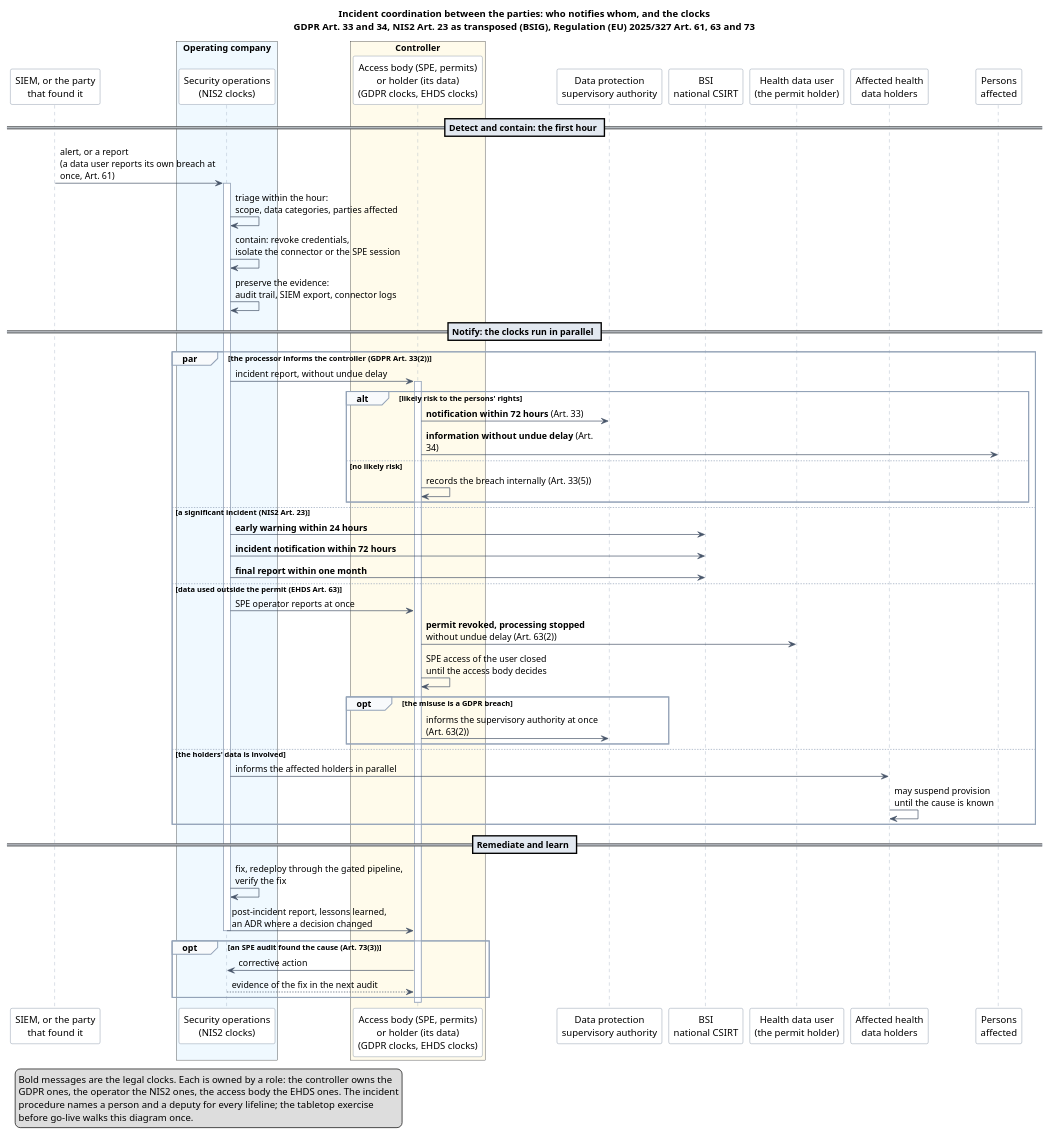
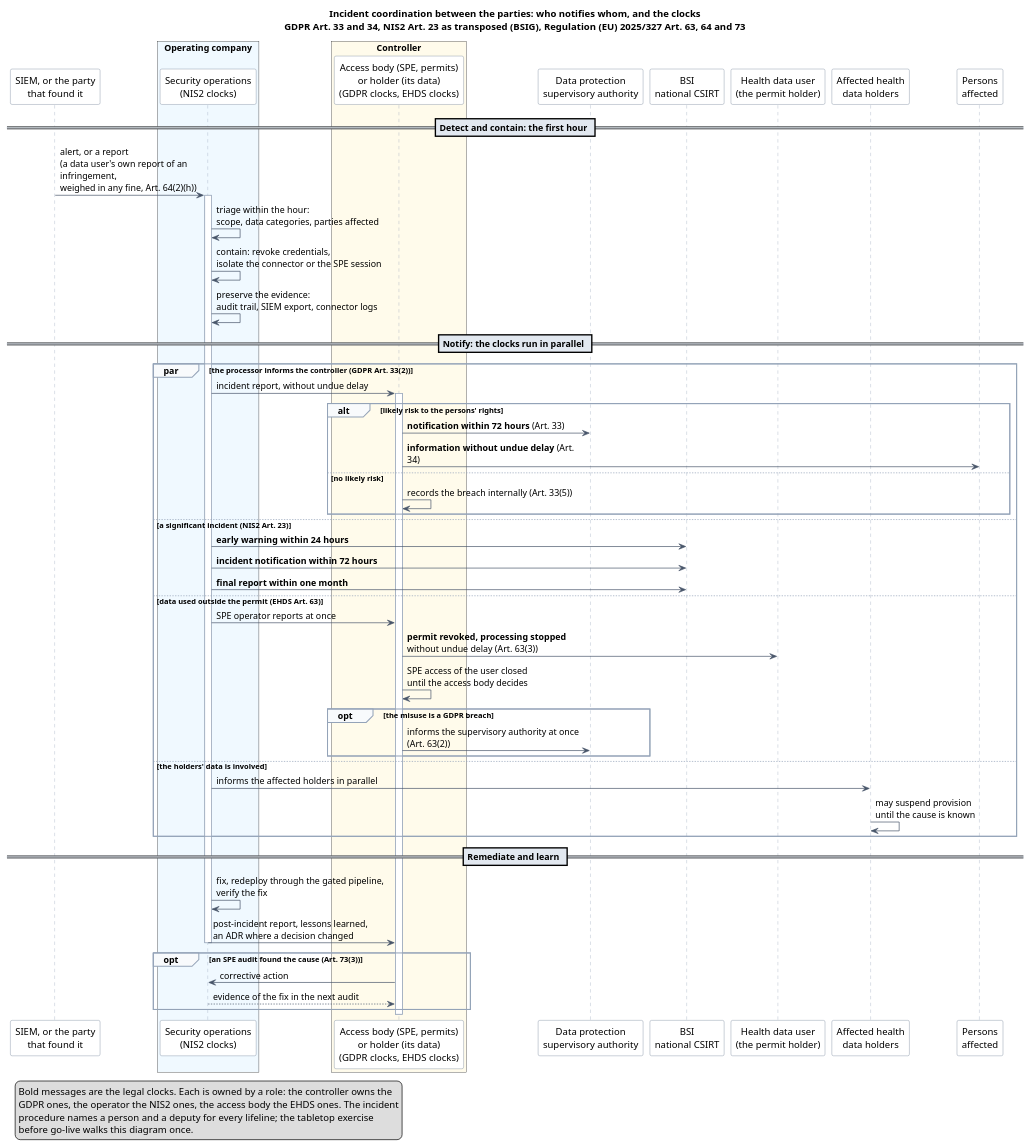
One commit to ma3u/MinimumViableHealthDataspacev2 changed the diagram in docs/security/diagrams/ehds-incident-coordination.puml. Above: the diagram before and after it, drawn with PlantUML. The commit also changed 21 other files, not shown here.

```diff
--- a/docs/security/diagrams/ehds-incident-coordination.puml
+++ b/docs/security/diagrams/ehds-incident-coordination.puml
@@ -1,79 +1,79 @@
 @startuml ehds-incident-coordination
-title Incident coordination between the parties: who notifies whom, and the clocks\nGDPR Art. 33 and 34, NIS2 Art. 23 as transposed (BSIG), Regulation (EU) 2025/327 Art. 61, 63 and 73
+title Incident coordination between the parties: who notifies whom, and the clocks\nGDPR Art. 33 and 34, NIS2 Art. 23 as transposed (BSIG), Regulation (EU) 2025/327 Art. 63, 64 and 73
 skinparam defaultFontName Helvetica
 skinparam shadowing false
 skinparam sequenceMessageAlign left
 skinparam maxMessageSize 260
 skinparam sequence {
   ArrowColor #475569
   LifeLineBorderColor #94A3B8
   ParticipantBorderColor #64748B
   ParticipantBackgroundColor #FFFFFF
   GroupBorderColor #94A3B8
   GroupBackgroundColor #F8FAFC
   DividerBackgroundColor #E2E8F0
 }
 
 participant "SIEM, or the party\nthat found it" as SRC
 box "Operating company" #F0F9FF
   participant "Security operations\n(NIS2 clocks)" as OPS
 end box
 box "Controller" #FFFBEB
   participant "Access body (SPE, permits)\nor holder (its data)\n(GDPR clocks, EHDS clocks)" as CTRL
 end box
 participant "Data protection\nsupervisory authority" as DPA
 participant "BSI\nnational CSIRT" as CSIRT
 participant "Health data user\n(the permit holder)" as USER
 participant "Affected health\ndata holders" as HOLD
 participant "Persons\naffected" as PERS
 
 == Detect and contain: the first hour ==
-SRC -> OPS : alert, or a report\n(a data user reports its own breach at once, Art. 61)
+SRC -> OPS : alert, or a report\n(a data user's own report of an infringement,\nweighed in any fine, Art. 64(2)(h))
 activate OPS
 OPS -> OPS : triage within the hour:\nscope, data categories, parties affected
 OPS -> OPS : contain: revoke credentials,\nisolate the connector or the SPE session
 OPS -> OPS : preserve the evidence:\naudit trail, SIEM export, connector logs
 
 == Notify: the clocks run in parallel ==
 par the processor informs the controller (GDPR Art. 33(2))
   OPS -> CTRL : incident report, without undue delay
   activate CTRL
   alt likely risk to the persons' rights
     CTRL -> DPA : <b>notification within 72 hours</b> (Art. 33)
     CTRL -> PERS : <b>information without undue delay</b> (Art. 34)
   else no likely risk
     CTRL -> CTRL : records the breach internally (Art. 33(5))
   end
 else a significant incident (NIS2 Art. 23)
   OPS -> CSIRT : <b>early warning within 24 hours</b>
   OPS -> CSIRT : <b>incident notification within 72 hours</b>
   OPS -> CSIRT : <b>final report within one month</b>
 else data used outside the permit (EHDS Art. 63)
   OPS -> CTRL : SPE operator reports at once
-  CTRL -> USER : <b>permit revoked, processing stopped</b>\nwithout undue delay (Art. 63(2))
+  CTRL -> USER : <b>permit revoked, processing stopped</b>\nwithout undue delay (Art. 63(3))
   CTRL -> CTRL : SPE access of the user closed\nuntil the access body decides
   opt the misuse is a GDPR breach
     CTRL -> DPA : informs the supervisory authority at once (Art. 63(2))
   end
 else the holders' data is involved
   OPS -> HOLD : informs the affected holders in parallel
   HOLD -> HOLD : may suspend provision\nuntil the cause is known
 end
 
 == Remediate and learn ==
 OPS -> OPS : fix, redeploy through the gated pipeline,\nverify the fix
 OPS -> CTRL : post-incident report, lessons learned,\nan ADR where a decision changed
 deactivate OPS
 opt an SPE audit found the cause (Art. 73(3))
   CTRL -> OPS : corrective action
   OPS --> CTRL : evidence of the fix in the next audit
 end
 deactivate CTRL
 
 legend bottom left
   Bold messages are the legal clocks. Each is owned by a role: the controller owns the
   GDPR ones, the operator the NIS2 ones, the access body the EHDS ones. The incident
   procedure names a person and a deputy for every lifeline; the tabletop exercise
   before go-live walks this diagram once.
 endlegend
 @enduml
```
